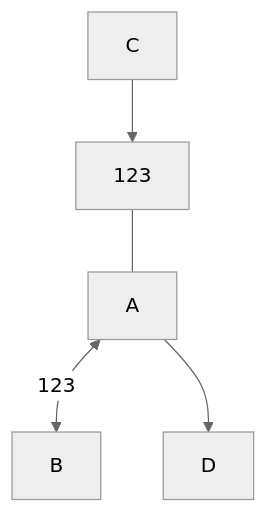
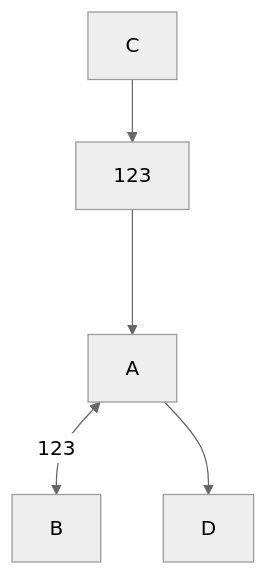
Before and after one commit to henderson2k/sn: the diagram in mermaidtest.md, drawn with Mermaid (neutral theme).

````diff
--- a/mermaidtest.md
+++ b/mermaidtest.md
@@ -5,5 +5,5 @@
 ```mermaid
 flowchart
 A <-- 123 --> B
-C --> 123 ---A --> D
+C --> 123 ---> A --> D
 ```
````
